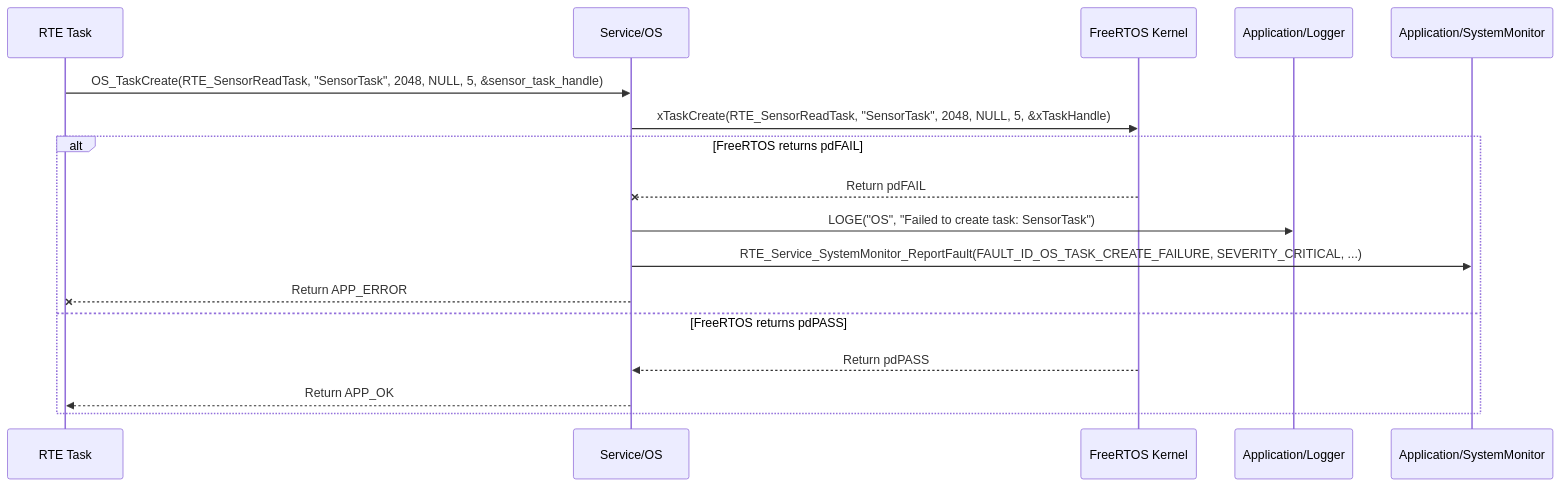
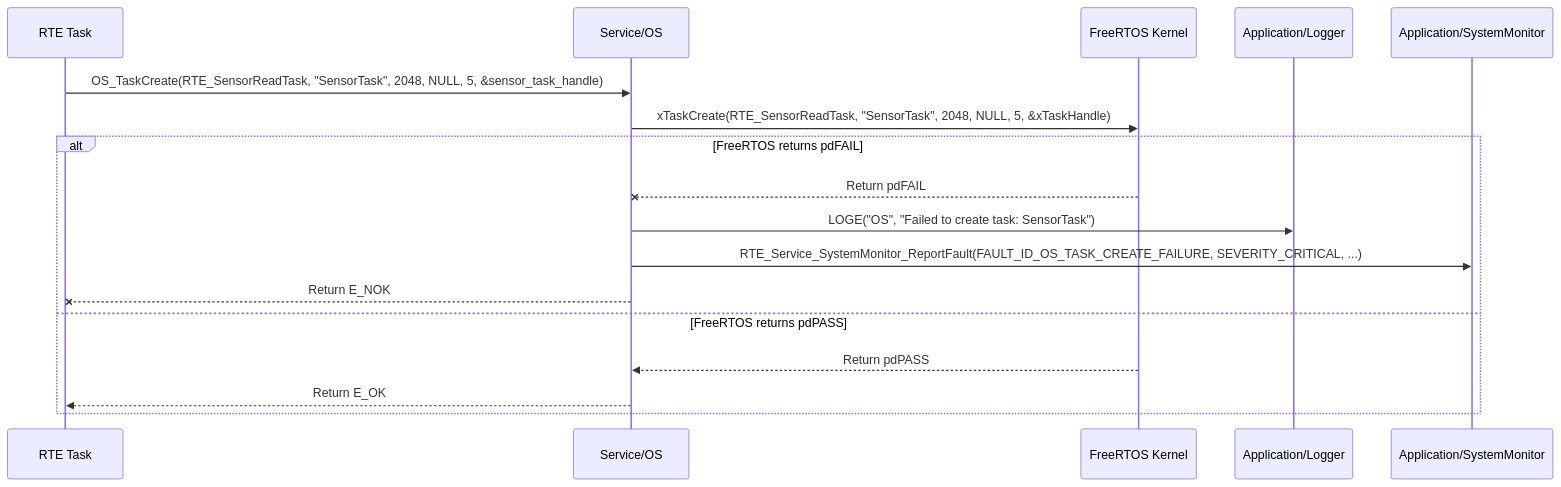
Before and after one commit to ashaker-2/Platform: the diagram in Requiremets/Design/Service/OS.md, drawn with Mermaid. The commit also changed other lines of this file and 716 other files, not shown here.

````diff
--- a/Requiremets/Design/Service/OS.md
+++ b/Requiremets/Design/Service/OS.md
@@ -286,20 +286,20 @@
 ```mermaid
 sequenceDiagram  
     participant RTE_AppInitTask as RTE Task  
     participant OS as Service/OS  
     participant FreeRTOS as FreeRTOS Kernel  
     participant Logger as Application/Logger  
     participant SystemMonitor as Application/SystemMonitor
 
     RTE_AppInitTask->>OS: OS_TaskCreate(RTE_SensorReadTask, "SensorTask", 2048, NULL, 5, &sensor_task_handle)  
     OS->>FreeRTOS: xTaskCreate(RTE_SensorReadTask, "SensorTask", 2048, NULL, 5, &xTaskHandle)  
     alt FreeRTOS returns pdFAIL  
         FreeRTOS--xOS: Return pdFAIL  
         OS->>Logger: LOGE("OS", "Failed to create task: SensorTask")  
         OS->>SystemMonitor: RTE_Service_SystemMonitor_ReportFault(FAULT_ID_OS_TASK_CREATE_FAILURE, SEVERITY_CRITICAL, ...)  
-        OS--xRTE_AppInitTask: Return APP_ERROR  
+        OS--xRTE_AppInitTask: Return E_NOK  
     else FreeRTOS returns pdPASS  
         FreeRTOS-->>OS: Return pdPASS  
-        OS-->>RTE_AppInitTask: Return APP_OK  
+        OS-->>RTE_AppInitTask: Return E_OK  
     end
 ```
````
